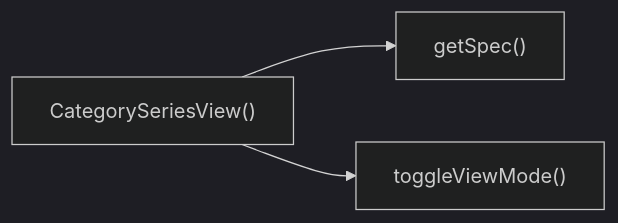
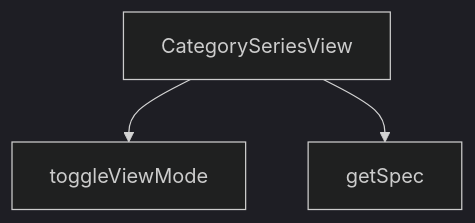
The diagram in src/views/category/CategorySeriesView.md (peckop/venthub-hvac-esite), drawn with Mermaid (dark theme) before and after one commit. The commit also changed other lines of this file and 488 other files, not shown here.

````diff
--- a/src/views/category/CategorySeriesView.md
+++ b/src/views/category/CategorySeriesView.md
@@ -171,5 +127,8 @@
 ```mermaid
-graph LR
-    CategorySeriesView["CategorySeriesView()"] --> getSpec["getSpec()"]
-    CategorySeriesView["CategorySeriesView()"] --> toggleViewMode["toggleViewMode()"]
+graph TD
+    CategorySeriesView_tsx__CategorySeriesView["CategorySeriesView"]
+    CategorySeriesView_tsx__getSpec["getSpec"]
+    CategorySeriesView_tsx__toggleViewMode["toggleViewMode"]
+    CategorySeriesView_tsx__CategorySeriesView --> CategorySeriesView_tsx__toggleViewMode
+    CategorySeriesView_tsx__CategorySeriesView --> CategorySeriesView_tsx__getSpec
 ```
````
